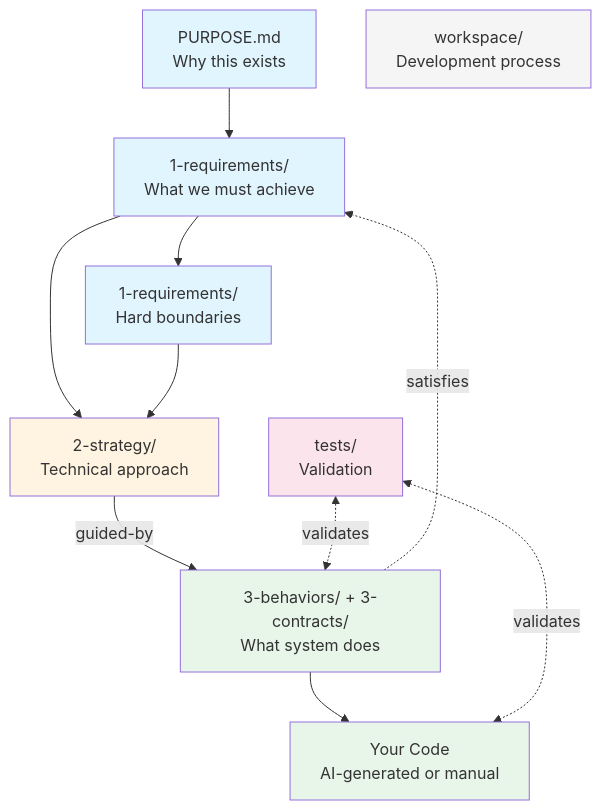
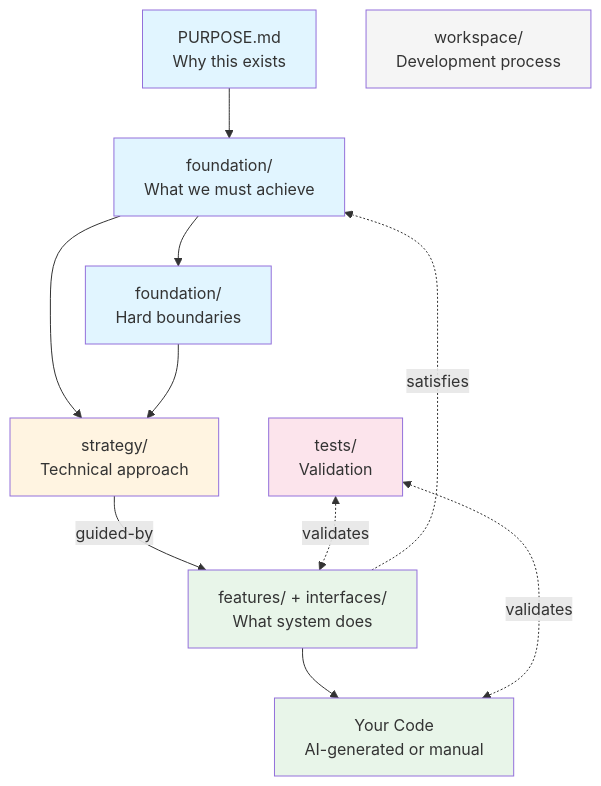
One commit to chrs-myrs/livespec changed the first of 3 diagrams in README.md. Above: the diagram before and after it, drawn with Mermaid. The commit also changed other lines of this file and 331 other files, not shown here.

````diff
--- a/README.md
+++ b/README.md
@@ -75,40 +75,40 @@
 ```mermaid
 graph TD
     %% Main Vertical Flow
     PURPOSE[PURPOSE.md<br/>Why this exists]
-    REQUIREMENTS[1-requirements/<br/>What we must achieve]
-    CONSTRAINTS[1-requirements/<br/>Hard boundaries]
-    STRATEGY[2-strategy/<br/>Technical approach]
-    SPECS[3-behaviors/ + 3-contracts/<br/>What system does]
+    REQUIREMENTS[foundation/<br/>What we must achieve]
+    CONSTRAINTS[foundation/<br/>Hard boundaries]
+    STRATEGY[strategy/<br/>Technical approach]
+    SPECS[features/ + interfaces/<br/>What system does]
     CODE[Your Code<br/>AI-generated or manual]
 
     %% Validation
     TESTS[tests/<br/>Validation]
 
     %% Workspace (separate)
     WORKSPACE[workspace/<br/>Development process]
 
     %% Downward Flow (derives-from, guided-by)
     PURPOSE --> REQUIREMENTS
     REQUIREMENTS --> CONSTRAINTS
     REQUIREMENTS --> STRATEGY
     CONSTRAINTS --> STRATEGY
     STRATEGY -->|guided-by| SPECS
     SPECS --> CODE
 
     %% Upward Flow (satisfies)
     SPECS -.satisfies.-> REQUIREMENTS
 
     %% Validation
     TESTS <-.validates.-> SPECS
     TESTS <-.validates.-> CODE
 
     style PURPOSE fill:#e1f5ff
     style REQUIREMENTS fill:#e1f5ff
     style CONSTRAINTS fill:#e1f5ff
     style STRATEGY fill:#fff4e1
     style SPECS fill:#e8f5e9
     style CODE fill:#e8f5e9
     style TESTS fill:#fce4ec
     style WORKSPACE fill:#f5f5f5
 ```
````
